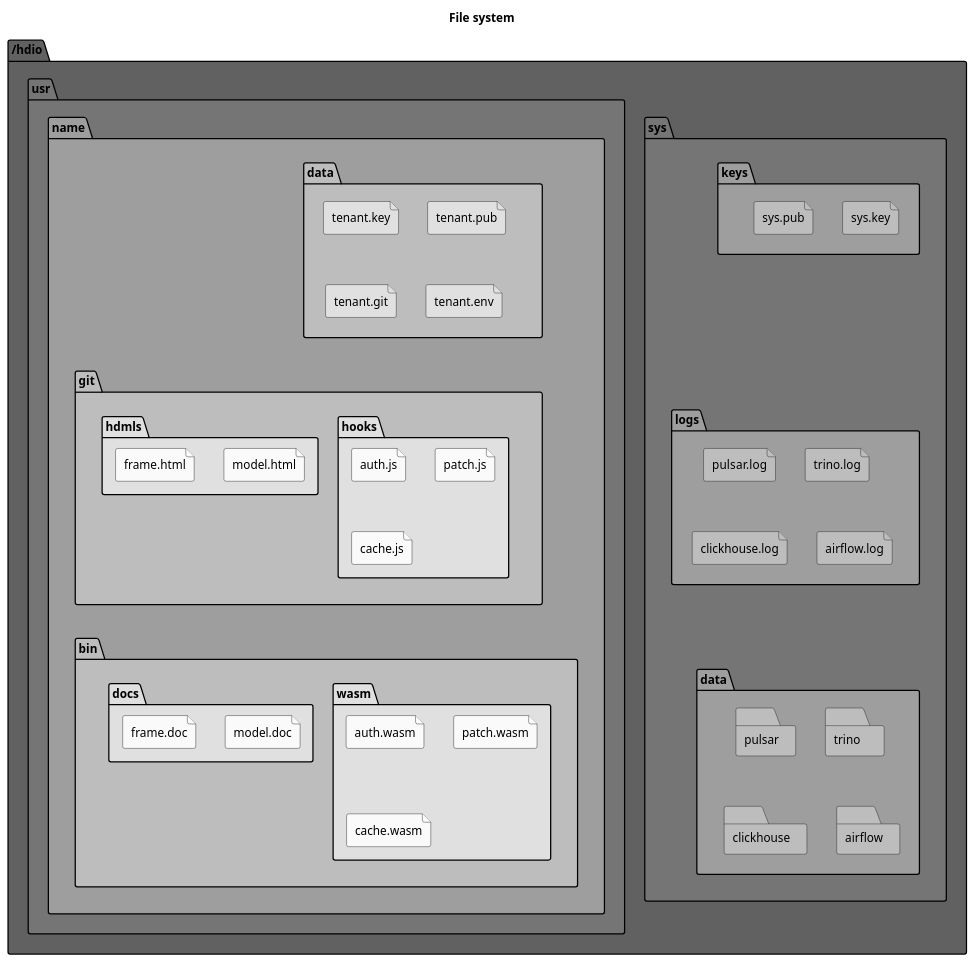
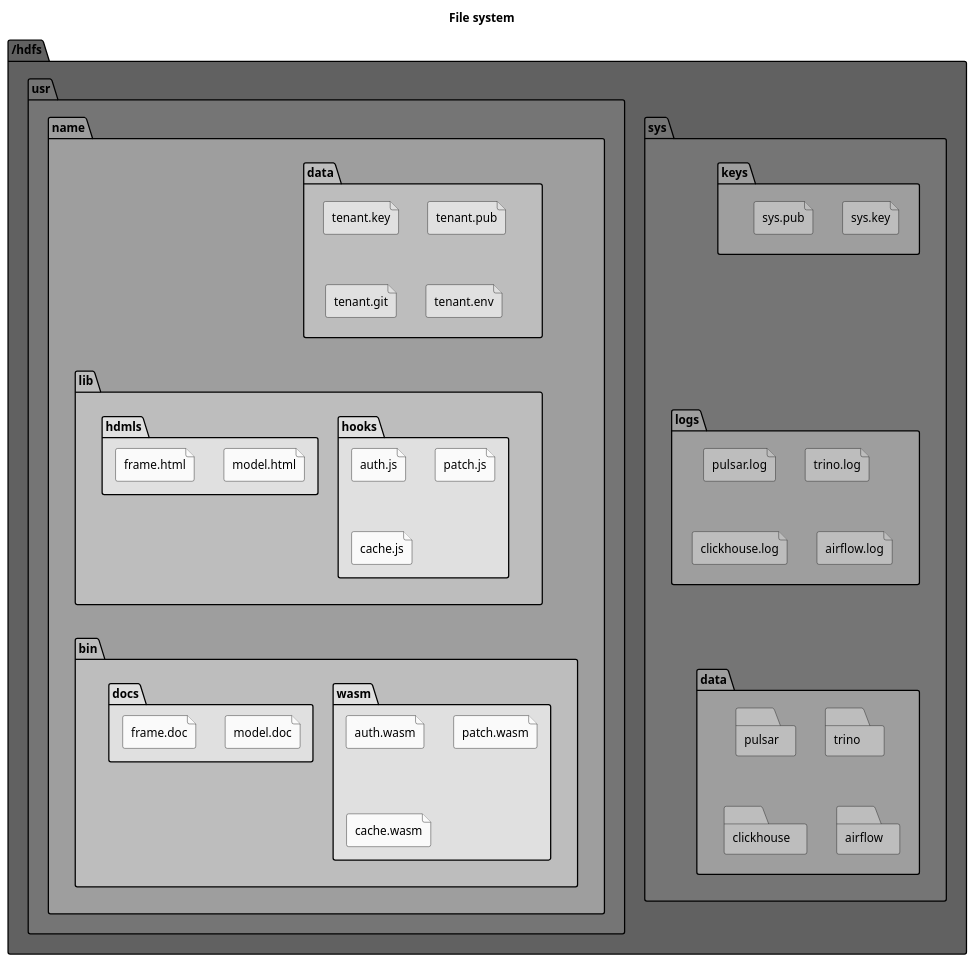
Before and after one commit to hdml-github/hdml-github.github.io: the sixth of 6 diagrams in puml/general.puml, drawn with PlantUML. The commit also changed other lines of this file and 5 other files, not shown here.

```diff
--- a/puml/general.puml
+++ b/puml/general.puml
@@ -147,66 +175,66 @@
 @startuml fs
   title File system
 
-  folder "/hdio" as hdio #616161 {
+  folder "/hdfs" as hdfs #616161 {
 
     folder "sys" as sys #757575 {
       folder "keys" as sys_keys #9e9e9e {
         file "sys.key" as sys_key #bdbdbd
         file "sys.pub" as sys_pub #bdbdbd
       }
 
       folder "logs" as sys_logs #9e9e9e {
         file "pulsar.log" as pulsar_log #bdbdbd
         file "trino.log" as trino_log #bdbdbd
         file "clickhouse.log" as clickhouse_log #bdbdbd
         file "airflow.log" as airflow.log #bdbdbd
       }
       sys_keys -[hidden]-- sys_logs
       
       folder "data" as sys_data #9e9e9e {
         folder "pulsar" as pulsar_data #bdbdbd
         folder "trino" as trino_data #bdbdbd
         folder "clickhouse" as clickhouse_data #bdbdbd
         folder "airflow" as airflow_data #bdbdbd
       }
       sys_logs -[hidden]-- sys_data
     }
 
     folder "usr" as usr #757575 {
       folder "name" as name #9e9e9e {
         folder "data" as usr_data #bdbdbd {
           file "tenant.key" as key #e0e0e0
           file "tenant.pub" as pub #e0e0e0
           file "tenant.git" as git #e0e0e0
           file "tenant.env" as dotenv #e0e0e0
         }
 
-        folder "git" as usr_git #bdbdbd {
+        folder "lib" as usr_lib #bdbdbd {
           folder "hooks" as hooks #e0e0e0 {
             file "auth.js" as auth_js #fafafa
             file "patch.js" as patch_js #fafafa
             file "cache.js" as cache_js #fafafa
           }
           folder "hdmls" as hdmls #e0e0e0 {
             file "model.html" as model_html #fafafa
             file "frame.html" as frame_html #fafafa
           }
         }
-        usr_data -[hidden]-- usr_git
+        usr_data -[hidden]-- usr_lib
 
         folder "bin" as usr_bin #bdbdbd {
           folder "wasm" as wasm #e0e0e0 {
             file "auth.wasm" as auth_wasm #fafafa
             file "patch.wasm" as patch_wasm #fafafa
             file "cache.wasm" as cache_wasm #fafafa
           }
           folder "docs" as docs #e0e0e0 {
             file "model.doc" as model_doc #fafafa
             file "frame.doc" as frame_doc #fafafa
           }
         }
-        usr_git -[hidden]-- usr_bin
+        usr_lib -[hidden]-- usr_bin
       }
     }
   }  
 @enduml
```
